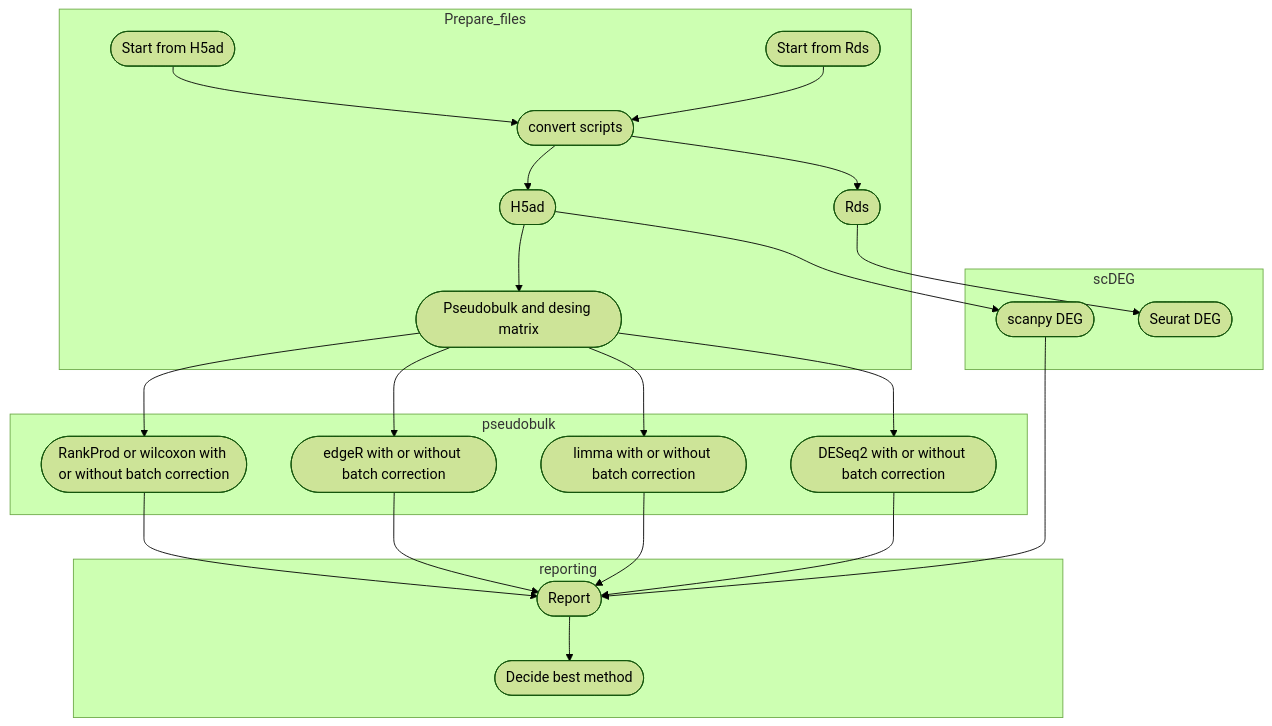
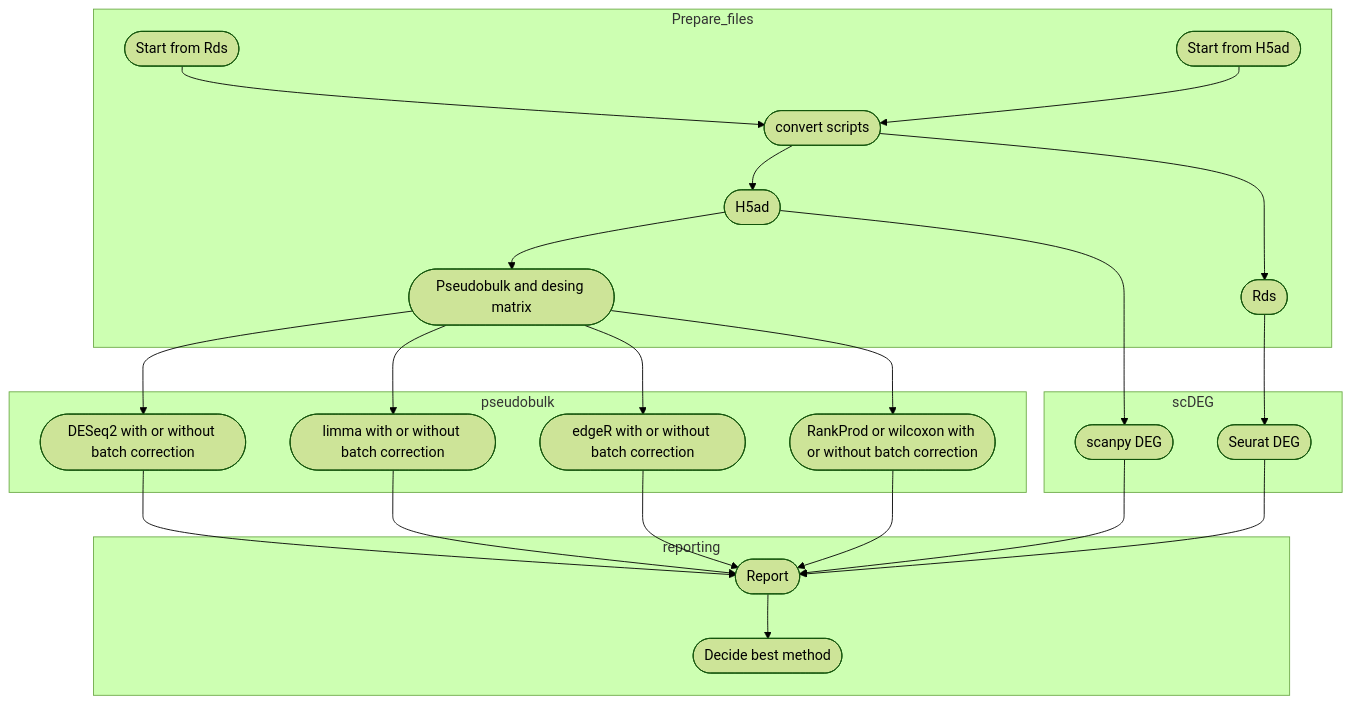
One commit to GuerreroVazquez/Test_DEG_methods-single_cell changed the diagram in README.md. Above: the diagram before and after it, drawn with Mermaid (forest theme).

````diff
--- a/README.md
+++ b/README.md
@@ -63,29 +63,30 @@
 ```mermaid
     flowchart TD
       subgraph Prepare_files
       A([Start from Rds]) --> B([convert scripts])
       C([Start from H5ad]) --> B
       B --> D([H5ad])
       B --> E([Rds])
       D --> F([Pseudobulk and desing matrix])
       end
       subgraph scDEG
       D --> G([scanpy DEG])
       E --> H([Seurat DEG])
       end
       subgraph pseudobulk
       F --> I([DESeq2 with or without batch correction])
       F --> J([limma with or without batch correction])
       F --> K([edgeR with or without batch correction])
       F --> L([RankProd or wilcoxon with or without batch correction])
       end
       subgraph reporting
       G --> M([Report])
+      H --> M
       I --> M
       J --> M
       K --> M
       L --> M
       M --> N([Decide best method])
       end
 
 ```
````
